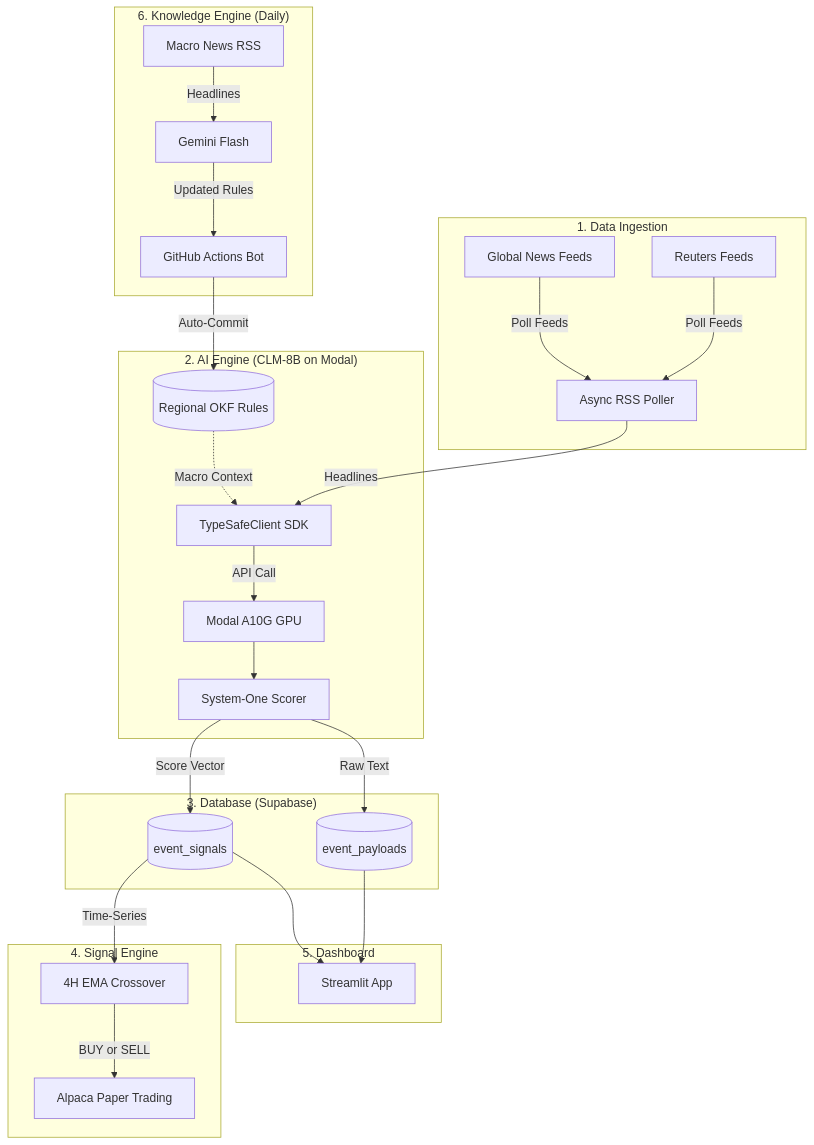
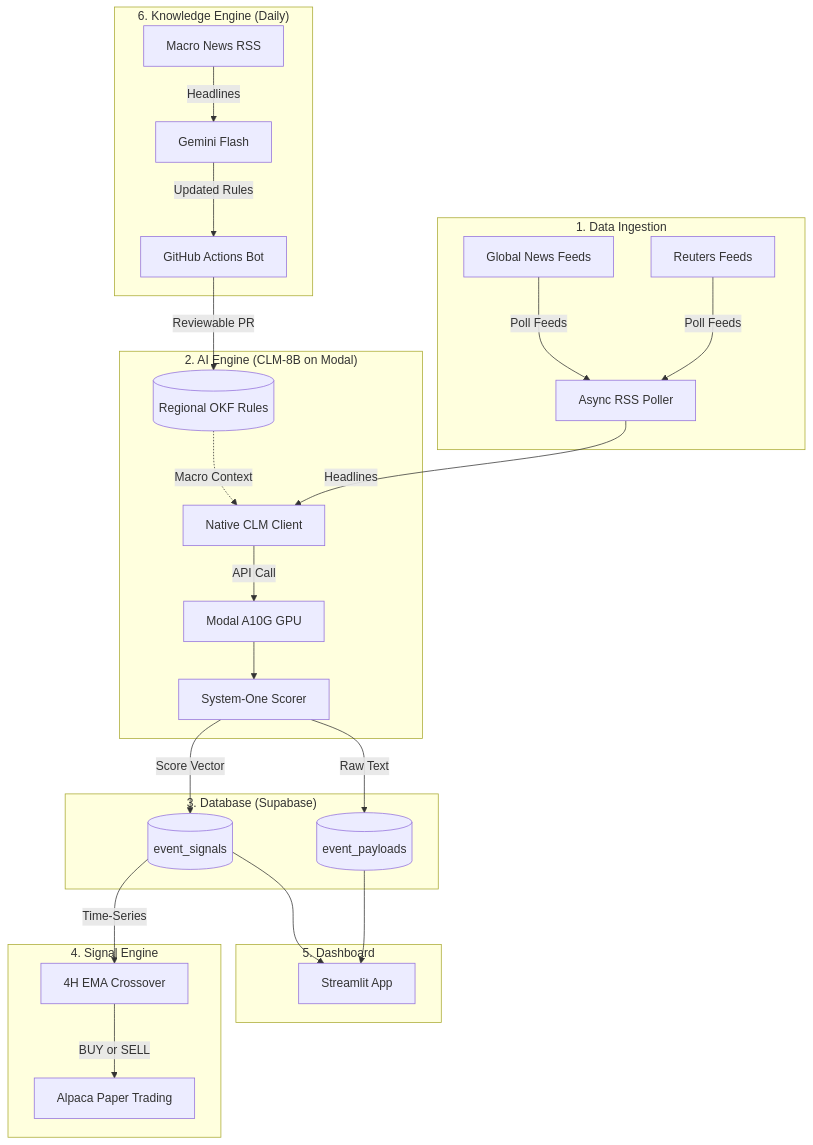
One commit to Shivam-Jha96/gsp changed the diagram in README.md. Above: the diagram before and after it, drawn with Mermaid. The commit also changed other lines of this file and 13 other files, not shown here.

Commit message:
feat(ai_engine): replace typesafe-sdk with native sovereign CLMClient and update documentation suite

````diff
--- a/README.md
+++ b/README.md
@@ -115,50 +115,50 @@
 ```mermaid
 flowchart TD
     subgraph S1 ["1. Data Ingestion"]
         GN["Global News Feeds"]
         GR["Reuters Feeds"]
         Poller["Async RSS Poller"]
         GN -->|Poll Feeds| Poller
         GR -->|Poll Feeds| Poller
     end
     
     subgraph S2 ["2. AI Engine (CLM-8B on Modal)"]
         OKF[("Regional OKF Rules")]
-        SDK["TypeSafeClient SDK"]
+        SDK["Native CLM Client"]
         GPU["Modal A10G GPU"]
         CLM["System-One Scorer"]
         Poller -->|Headlines| SDK
         OKF -.->|Macro Context| SDK
         SDK -->|API Call| GPU
         GPU --> CLM
     end
 
     subgraph S3 ["3. Database (Supabase)"]
         DB1[("event_signals")]
         DB2[("event_payloads")]
         CLM -->|Score Vector| DB1
         CLM -->|Raw Text| DB2
     end
 
     subgraph S4 ["4. Signal Engine"]
         EMA["4H EMA Crossover"]
         Alpaca["Alpaca Paper Trading"]
         DB1 -->|Time-Series| EMA
         EMA -->|BUY or SELL| Alpaca
     end
 
     subgraph S5 ["5. Dashboard"]
         Streamlit["Streamlit App"]
         DB1 --> Streamlit
         DB2 --> Streamlit
     end
 
     subgraph S6 ["6. Knowledge Engine (Daily)"]
         NEWS["Macro News RSS"]
         GEMINI["Gemini Flash"]
         BOT["GitHub Actions Bot"]
         NEWS -->|Headlines| GEMINI
         GEMINI -->|Updated Rules| BOT
-        BOT -->|Auto-Commit| OKF
+        BOT -->|Reviewable PR| OKF
     end
 ```
````
